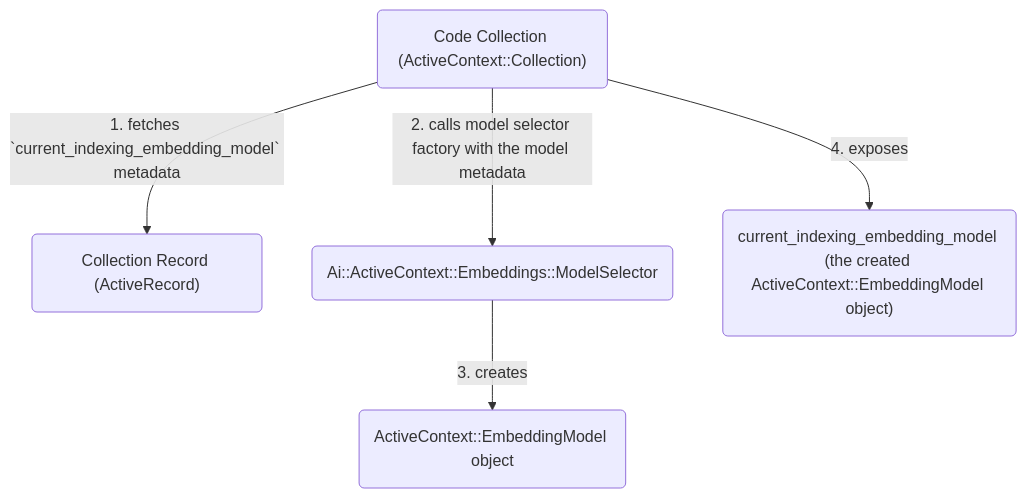
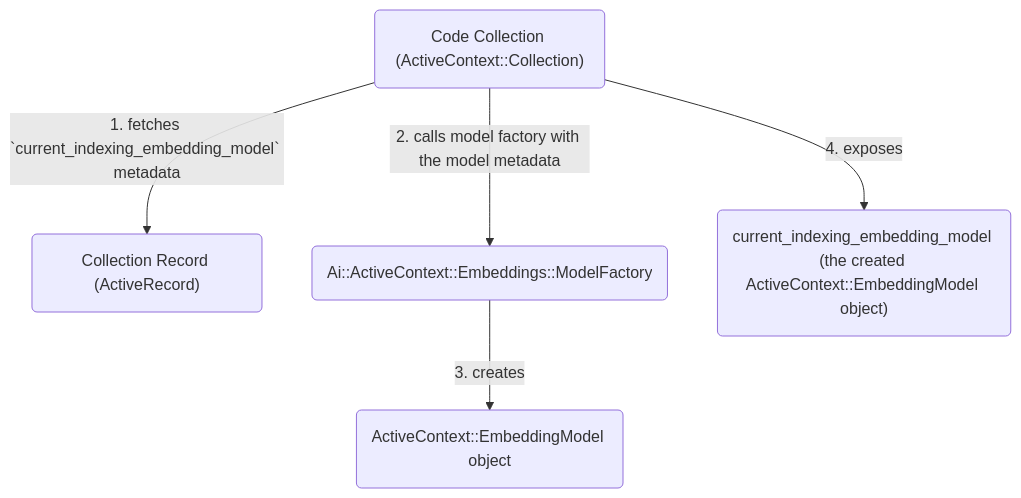
Before and after one commit to kyama0/gitlab-handbook-ja: the diagram in content/handbook/engineering/architecture/design-documents/ai_context_abstraction_layer/embedding_models.md, drawn with Mermaid. The commit also changed other lines of this file and 75 other files, not shown here.

````diff
--- a/content/handbook/engineering/architecture/design-documents/ai_context_abstraction_layer/embedding_models.md
+++ b/content/handbook/engineering/architecture/design-documents/ai_context_abstraction_layer/embedding_models.md
@@ -51,13 +51,13 @@
 ```mermaid
 flowchart TD
   CodeCollection("Code Collection (ActiveContext::Collection)")
   CollectionRecord("Collection Record (ActiveRecord)")
-  ModelSelector("Ai::ActiveContext::Embeddings::ModelSelector")
+  ModelFactory("Ai::ActiveContext::Embeddings::ModelFactory")
   ACEmbeddingModel("ActiveContext::EmbeddingModel object")
   CurrentModel("current_indexing_embedding_model (the created ActiveContext::EmbeddingModel object)")
 
   CodeCollection -- 1. fetches `current_indexing_embedding_model` metadata --> CollectionRecord
-  CodeCollection -- 2. calls model selector factory with the model metadata --> ModelSelector
-  ModelSelector -- 3. creates --> ACEmbeddingModel
+  CodeCollection -- 2. calls model factory with the model metadata --> ModelFactory
+  ModelFactory -- 3. creates --> ACEmbeddingModel
   CodeCollection -- 4. exposes --> CurrentModel
 ```
````
